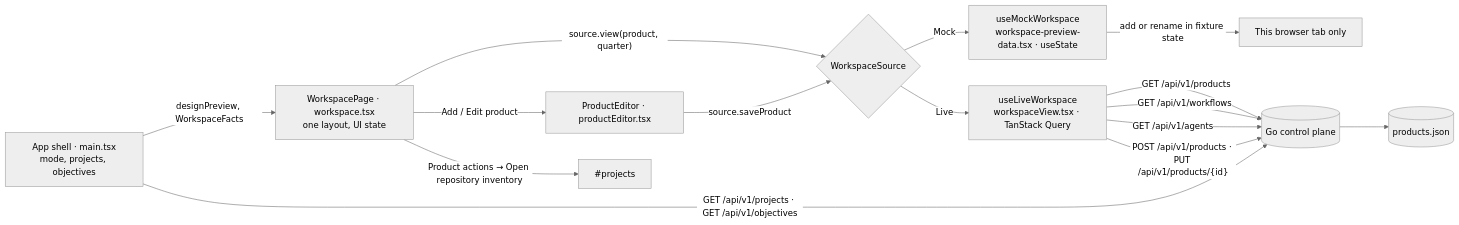
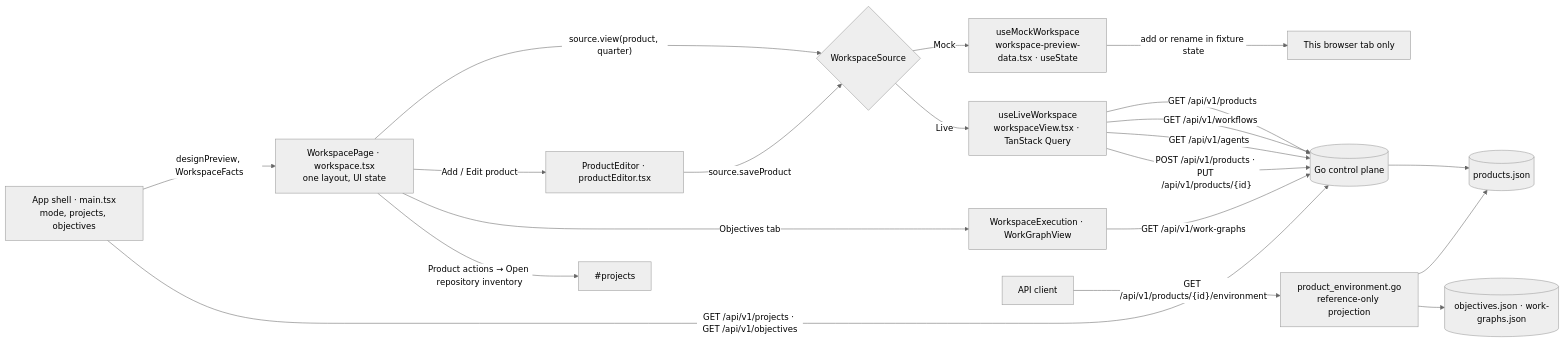
The diagram in docs/features/product-workspace.md (bogdaniel/zenchron-engineering-os), drawn with Mermaid (neutral theme) before and after one commit.

Commit message:
docs: show work-graph execution and the product environment in the workspace diagram

````diff
--- a/docs/features/product-workspace.md
+++ b/docs/features/product-workspace.md
@@ -12,17 +12,22 @@
 ```mermaid
 flowchart LR
     Shell["App shell · main.tsx<br/>mode, projects, objectives"] -->|"designPreview, WorkspaceFacts"| Page["WorkspacePage · workspace.tsx<br/>one layout, UI state"]
     Page -->|"source.view(product, quarter)"| Source{"WorkspaceSource"}
     Source -->|Mock| Mock["useMockWorkspace<br/>workspace-preview-data.tsx · useState"]
     Source -->|Live| Live["useLiveWorkspace<br/>workspaceView.tsx · TanStack Query"]
     Live -->|"GET /api/v1/products"| CP[(Go control plane)]
     Live -->|"GET /api/v1/workflows"| CP
     Live -->|"GET /api/v1/agents"| CP
     Shell -->|"GET /api/v1/projects · GET /api/v1/objectives"| CP
     Page -->|"Add / Edit product"| Editor["ProductEditor · productEditor.tsx"]
     Editor -->|"source.saveProduct"| Source
     Live -->|"POST /api/v1/products · PUT /api/v1/products/{id}"| CP
     Mock -->|"add or rename in fixture state"| Tab["This browser tab only"]
     CP --> Store[(products.json)]
+    Page -->|"Objectives tab"| Execution["WorkspaceExecution · WorkGraphView"]
+    Execution -->|"GET /api/v1/work-graphs"| CP
+    Client["API client"] -->|"GET /api/v1/products/{id}/environment"| Environment["product_environment.go<br/>reference-only projection"]
+    Environment --> Store
+    Environment --> Graphs[(objectives.json · work-graphs.json)]
     Page -->|"Product actions → Open repository inventory"| Projects["#projects"]
 ```
````
